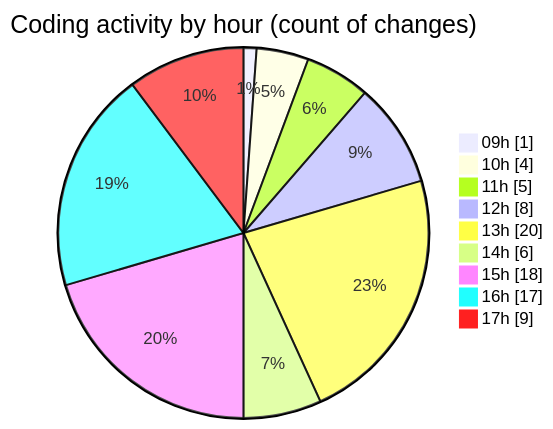
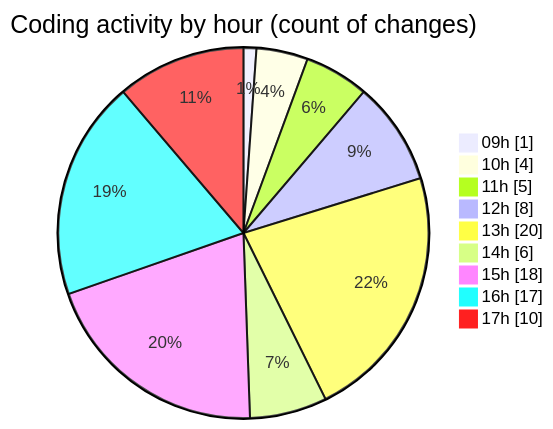
Before and after one commit to momahboobian/code-tracking: the second of 2 diagrams in 2025-02-24/cda/README.md, drawn with Mermaid. The commit also changed other lines of this file and 1 other file, not shown here.

````diff
--- a/2025-02-24/cda/README.md
+++ b/2025-02-24/cda/README.md
@@ -45,13 +46,13 @@
 ```mermaid
 pie showData
 title Coding activity by hour (count of changes)
 "09h" : 1
 "10h" : 4
 "11h" : 5
 "12h" : 8
 "13h" : 20
 "14h" : 6
 "15h" : 18
 "16h" : 17
-"17h" : 9
+"17h" : 10
 ```
````
